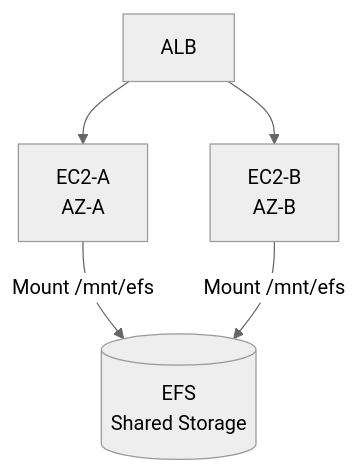
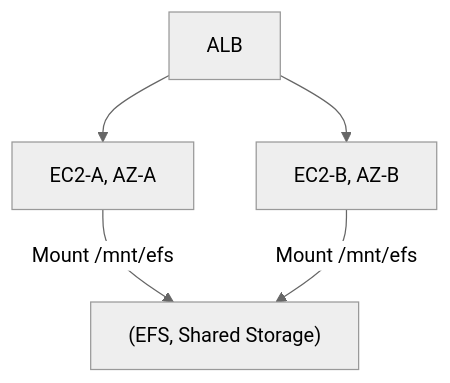
One commit to DeeptiShuklaProject/Uday_AWS changed the second of 4 diagrams in Chapter_40_Amazon_EFS.md. Above: the diagram before and after it, drawn with Mermaid (neutral theme). The commit also changed other lines of this file and 34 other files, not shown here.

Commit message:
Fix mermaid diagrams syntax across all chapters (quote labels and remove HTML)

````diff
--- a/Chapter_40_Amazon_EFS.md
+++ b/Chapter_40_Amazon_EFS.md
@@ -436,7 +436,7 @@
 ```mermaid
 flowchart TD
-    ALB[ALB] --> EC2A[EC2-A<br>AZ-A]
-    ALB --> EC2B[EC2-B<br>AZ-B]
-    EC2A -->|Mount /mnt/efs| EFS[(EFS<br>Shared Storage)]
+    ALB[ALB] --> EC2A["EC2-A, AZ-A"]
+    ALB --> EC2B["EC2-B, AZ-B"]
+    EC2A -->|Mount /mnt/efs| EFS["(EFS, Shared Storage)"]
     EC2B -->|Mount /mnt/efs| EFS
 ```
````
